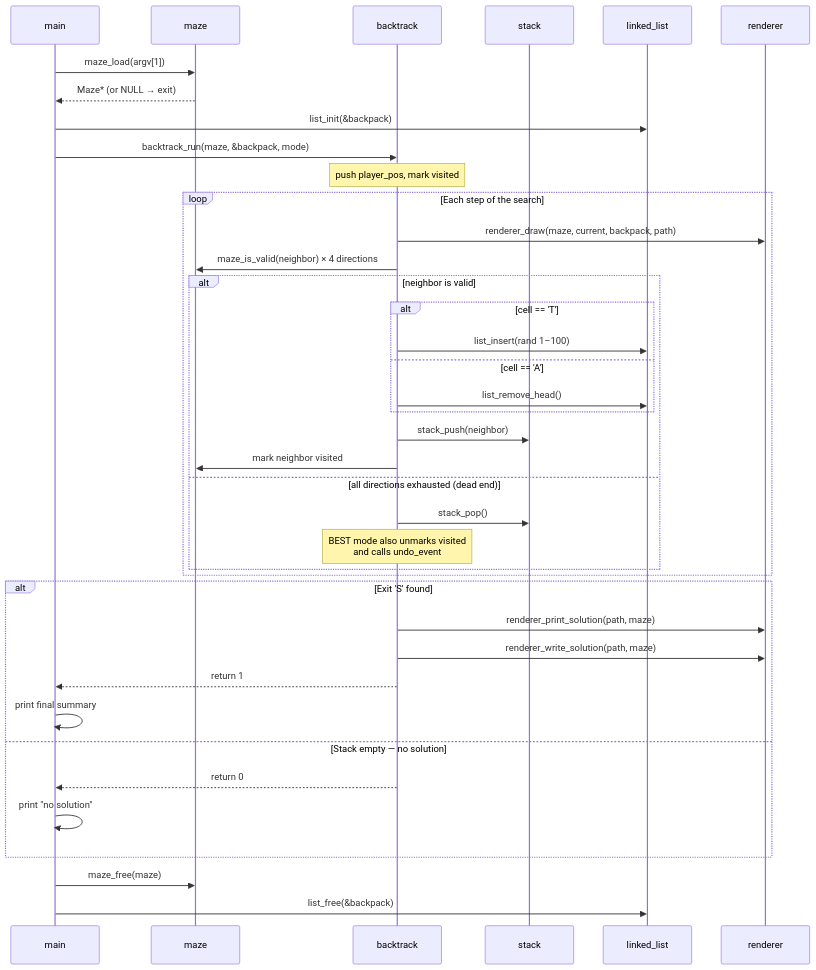
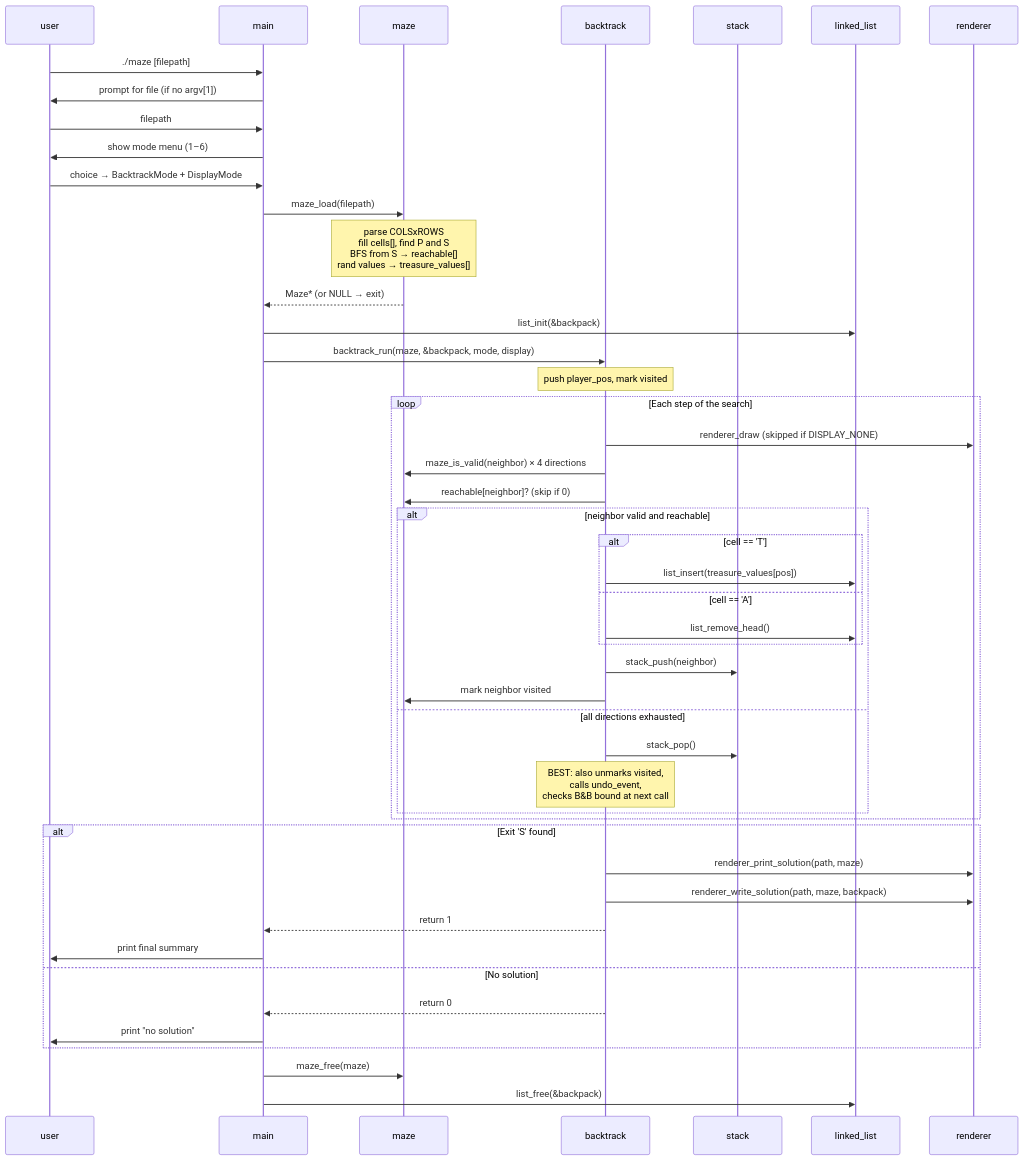
One commit to P-py/c-backtracking-maze changed the third of 5 diagrams in docs/architecture.md. Above: the diagram before and after it, drawn with Mermaid. The commit also changed other lines of this file, not shown here.

Commit message:
:pencil2: docs[architecture]: update architectural documentation and flow diagrams

````diff
--- a/docs/architecture.md
+++ b/docs/architecture.md
@@ -71,48 +71,56 @@
 ```mermaid
 sequenceDiagram
+    participant U  as user
     participant M  as main
     participant Mz as maze
     participant BT as backtrack
     participant St as stack
     participant LL as linked_list
     participant R  as renderer
 
-    M  ->> Mz : maze_load(argv[1])
+    U  ->> M  : ./maze [filepath]
+    M  ->> U  : prompt for file (if no argv[1])
+    U  ->> M  : filepath
+    M  ->> U  : show mode menu (1–6)
+    U  ->> M  : choice → BacktrackMode + DisplayMode
+
+    M  ->> Mz : maze_load(filepath)
+    Note over Mz: parse COLSxROWS<br/>fill cells[], find P and S<br/>BFS from S → reachable[]<br/>rand values → treasure_values[]
     Mz -->> M : Maze* (or NULL → exit)
 
     M  ->> LL : list_init(&backpack)
-    M  ->> BT : backtrack_run(maze, &backpack, mode)
-
+    M  ->> BT : backtrack_run(maze, &backpack, mode, display)
     Note over BT: push player_pos, mark visited
 
     loop Each step of the search
-        BT ->> R  : renderer_draw(maze, current, backpack, path)
+        BT ->> R  : renderer_draw (skipped if DISPLAY_NONE)
         BT ->> Mz : maze_is_valid(neighbor) × 4 directions
+        BT ->> Mz : reachable[neighbor]? (skip if 0)
 
-        alt neighbor is valid
+        alt neighbor valid and reachable
             alt cell == 'T'
-                BT ->> LL : list_insert(rand 1–100)
+                BT ->> LL : list_insert(treasure_values[pos])
             else cell == 'A'
                 BT ->> LL : list_remove_head()
             end
             BT ->> St : stack_push(neighbor)
             BT ->> Mz : mark neighbor visited
-        else all directions exhausted (dead end)
+        else all directions exhausted
             BT ->> St : stack_pop()
-            Note over BT: BEST mode also unmarks visited<br/>and calls undo_event
+            Note over BT: BEST: also unmarks visited,<br/>calls undo_event,<br/>checks B&B bound at next call
         end
     end
 
     alt Exit 'S' found
         BT ->> R  : renderer_print_solution(path, maze)
-        BT ->> R  : renderer_write_solution(path, maze)
+        BT ->> R  : renderer_write_solution(path, maze, backpack)
         BT -->> M : return 1
-        M  ->> M  : print final summary
-    else Stack empty — no solution
+        M  ->> U  : print final summary
+    else No solution
         BT -->> M : return 0
-        M  ->> M  : print "no solution"
+        M  ->> U  : print "no solution"
     end
 
     M ->> Mz : maze_free(maze)
     M ->> LL : list_free(&backpack)
 ```
````
